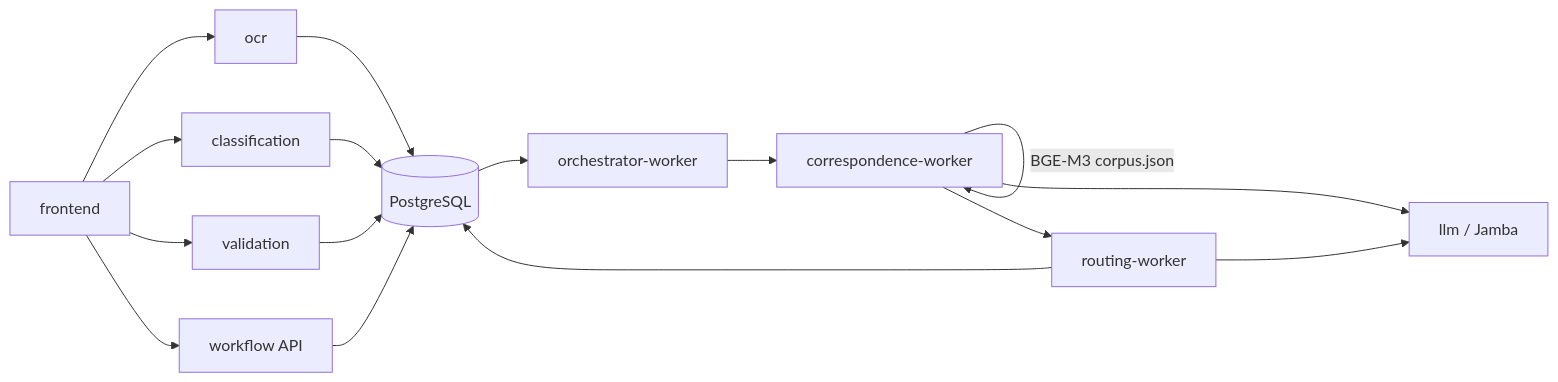
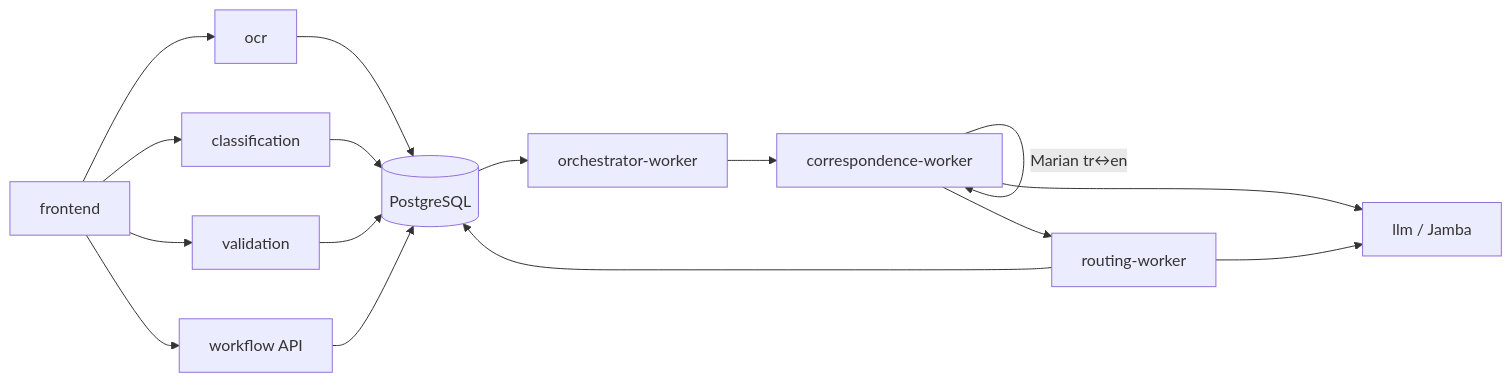
Before and after one commit to itstexa/coreaigent: the diagram in docs/architecture.md, drawn with Mermaid. The commit also changed other lines of this file and 68 other files, not shown here.

````diff
--- a/docs/architecture.md
+++ b/docs/architecture.md
@@ -107,19 +111,20 @@
 ```mermaid
 flowchart LR
     UI[frontend] --> OCR[ocr]
     UI --> CLS[classification]
     UI --> VAL[validation]
     UI --> WF[workflow API]
     PG[(PostgreSQL)]
     OCR --> PG
     CLS --> PG
     VAL --> PG
     WF --> PG
     PG --> OW[orchestrator-worker]
     OW --> CW[correspondence-worker]
     CW -->|BGE-M3 corpus.json| CW
+    CW -->|Marian tr↔en| CW
     CW --> LLM[llm / Jamba]
     CW --> RW[routing-worker]
     RW --> LLM
     RW --> PG
 ```
````
